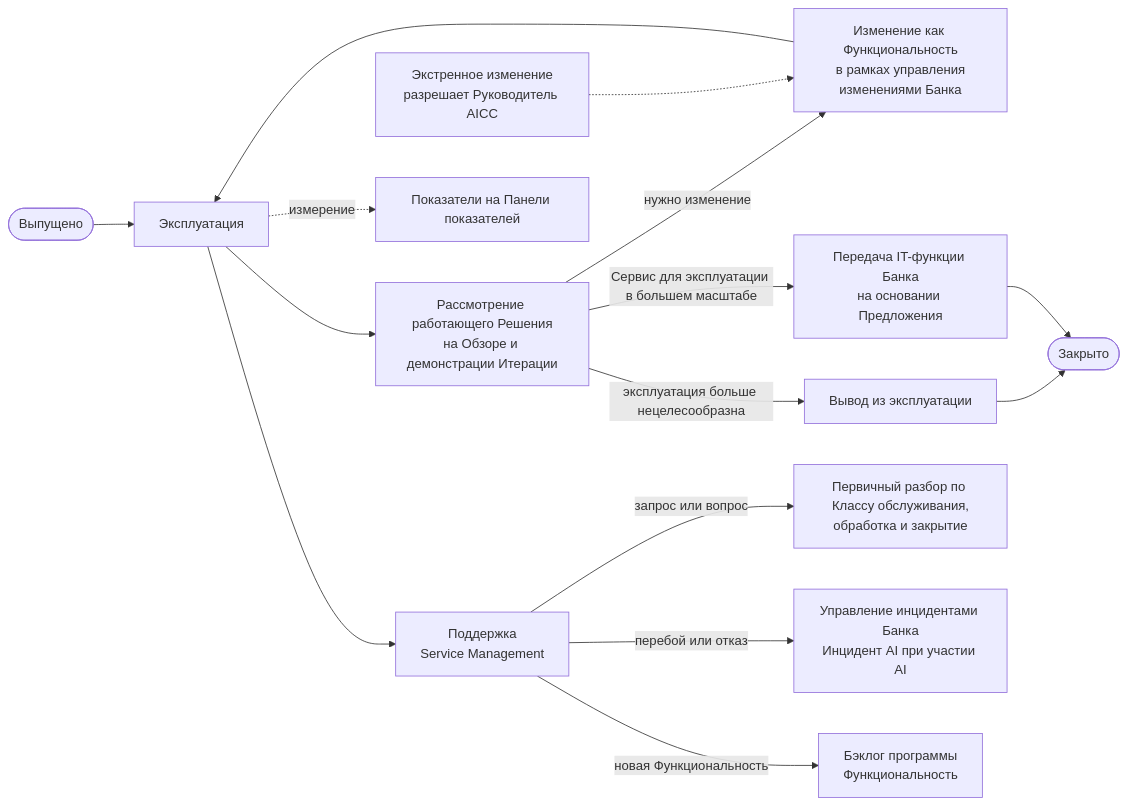
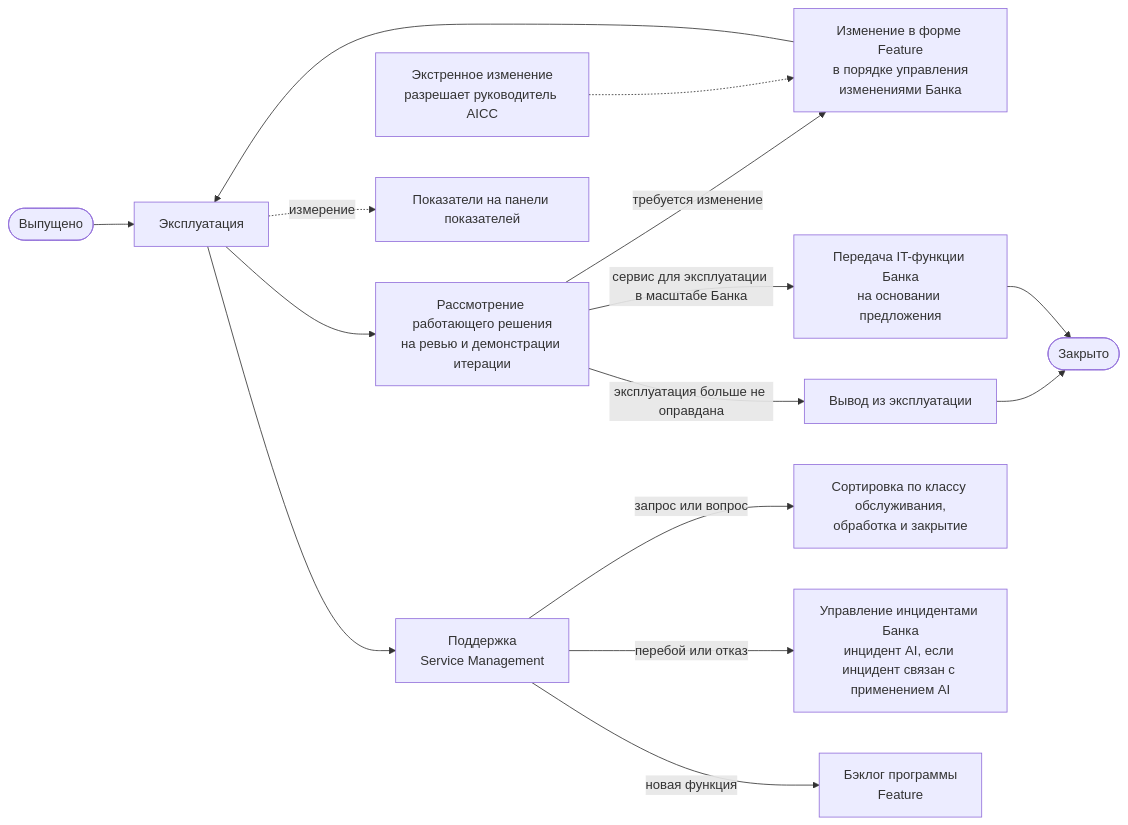
Before and after one commit to devhogu/ob-aicc: the ninth of 10 diagrams in charter/ru/workflows/service-delivery.md, drawn with Mermaid. The commit also changed other lines of this file and 7 other files, not shown here.

````diff
--- a/charter/ru/workflows/service-delivery.md
+++ b/charter/ru/workflows/service-delivery.md
@@ -261,17 +269,17 @@
 ```mermaid
 flowchart LR
   R(["Выпущено"]) --> O["Эксплуатация"]
-  O --> RV["Рассмотрение работающего Решения<br/>на Обзоре и демонстрации Итерации"]
-  RV -->|"нужно изменение"| C["Изменение как Функциональность<br/>в рамках управления<br/>изменениями Банка"]
+  O --> RV["Рассмотрение работающего решения<br/>на ревью и демонстрации итерации"]
+  RV -->|"требуется изменение"| C["Изменение в форме Feature<br/>в порядке управления<br/>изменениями Банка"]
   C --> O
-  EM["Экстренное изменение<br/>разрешает Руководитель AICC"] -.-> C
-  RV -->|"эксплуатация больше нецелесообразна"| X["Вывод из эксплуатации"]
+  EM["Экстренное изменение<br/>разрешает руководитель AICC"] -.-> C
+  RV -->|"эксплуатация больше не оправдана"| X["Вывод из эксплуатации"]
   X --> Z(["Закрыто"])
-  RV -->|"Сервис для эксплуатации в большем масштабе"| HO["Передача IT-функции Банка<br/>на основании Предложения"]
+  RV -->|"сервис для эксплуатации в масштабе Банка"| HO["Передача IT-функции Банка<br/>на основании предложения"]
   HO --> Z
-  O -.->|"измерение"| M["Показатели на Панели показателей"]
+  O -.->|"измерение"| M["Показатели на панели показателей"]
   O --> SP["Поддержка<br/>Service Management"]
-  SP -->|"запрос или вопрос"| H["Первичный разбор по Классу обслуживания,<br/>обработка и закрытие"]
-  SP -->|"перебой или отказ"| IM["Управление инцидентами Банка<br/>Инцидент AI при участии AI"]
-  SP -->|"новая Функциональность"| PB["Бэклог программы<br/>Функциональность"]
+  SP -->|"запрос или вопрос"| H["Сортировка по классу обслуживания,<br/>обработка и закрытие"]
+  SP -->|"перебой или отказ"| IM["Управление инцидентами Банка<br/>инцидент AI, если инцидент связан с применением AI"]
+  SP -->|"новая функция"| PB["Бэклог программы<br/>Feature"]
 ```
````
